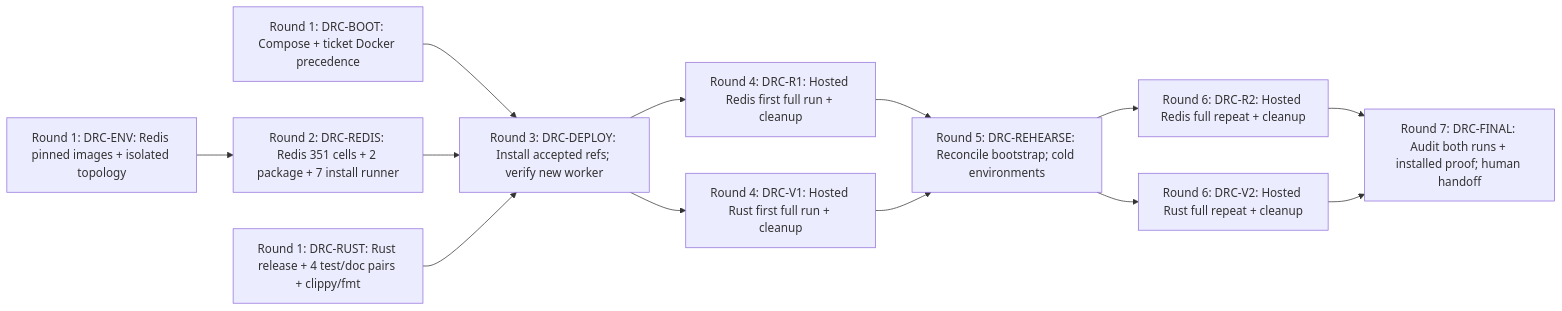
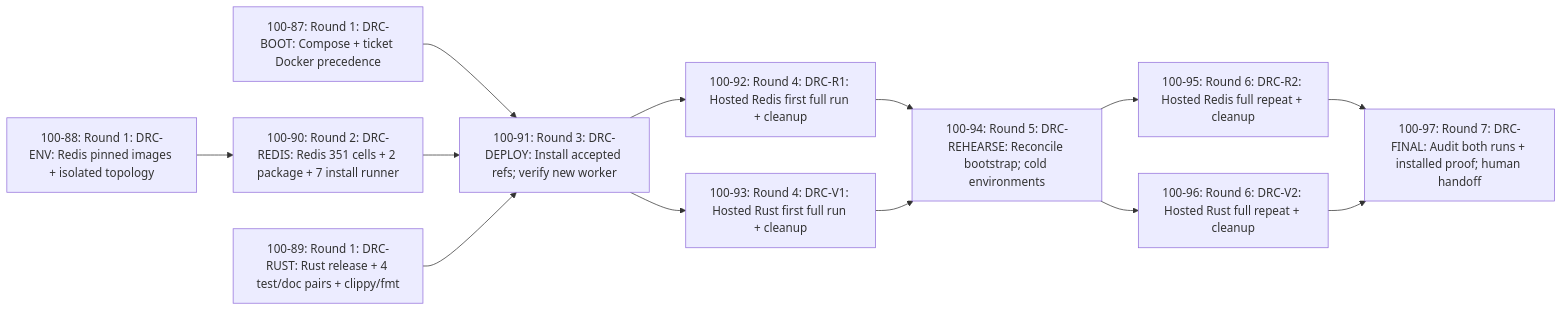
One commit to 1000lines/symphony-example changed the diagram in docs/symphony-plans/docker-rust-ci/fan-out-plan.md. Above: the diagram before and after it, drawn with Mermaid. The commit also changed other lines of this file and 1 other file, not shown here.

Commit message:
[100-72]: annotate accepted Docker and Rust CI fan-out

````diff
--- a/docs/symphony-plans/docker-rust-ci/fan-out-plan.md
+++ b/docs/symphony-plans/docker-rust-ci/fan-out-plan.md
@@ -125,27 +157,27 @@
 ```mermaid
 %% symphony-dag/v1
 flowchart LR
-  BOOT["Round 1: DRC-BOOT: Compose + ticket Docker precedence"]
-  ENV["Round 1: DRC-ENV: Redis pinned images + isolated topology"]
-  RUST["Round 1: DRC-RUST: Rust release + 4 test/doc pairs + clippy/fmt"]
-  REDIS["Round 2: DRC-REDIS: Redis 351 cells + 2 package + 7 install runner"]
-  DEPLOY["Round 3: DRC-DEPLOY: Install accepted refs; verify new worker"]
-  R1["Round 4: DRC-R1: Hosted Redis first full run + cleanup"]
-  V1["Round 4: DRC-V1: Hosted Rust first full run + cleanup"]
-  REHEARSE["Round 5: DRC-REHEARSE: Reconcile bootstrap; cold environments"]
-  R2["Round 6: DRC-R2: Hosted Redis full repeat + cleanup"]
-  V2["Round 6: DRC-V2: Hosted Rust full repeat + cleanup"]
-  FINAL["Round 7: DRC-FINAL: Audit both runs + installed proof; human handoff"]
+  BOOT["100-87: Round 1: DRC-BOOT: Compose + ticket Docker precedence"]
+  ENV["100-88: Round 1: DRC-ENV: Redis pinned images + isolated topology"]
+  RUST["100-89: Round 1: DRC-RUST: Rust release + 4 test/doc pairs + clippy/fmt"]
+  REDIS["100-90: Round 2: DRC-REDIS: Redis 351 cells + 2 package + 7 install runner"]
+  DEPLOY["100-91: Round 3: DRC-DEPLOY: Install accepted refs; verify new worker"]
+  R1["100-92: Round 4: DRC-R1: Hosted Redis first full run + cleanup"]
+  V1["100-93: Round 4: DRC-V1: Hosted Rust first full run + cleanup"]
+  REHEARSE["100-94: Round 5: DRC-REHEARSE: Reconcile bootstrap; cold environments"]
+  R2["100-95: Round 6: DRC-R2: Hosted Redis full repeat + cleanup"]
+  V2["100-96: Round 6: DRC-V2: Hosted Rust full repeat + cleanup"]
+  FINAL["100-97: Round 7: DRC-FINAL: Audit both runs + installed proof; human handoff"]
   ENV --> REDIS
   BOOT --> DEPLOY
   REDIS --> DEPLOY
   RUST --> DEPLOY
   DEPLOY --> R1
   DEPLOY --> V1
   R1 --> REHEARSE
   V1 --> REHEARSE
   REHEARSE --> R2
   REHEARSE --> V2
   R2 --> FINAL
   V2 --> FINAL
 ```
````
